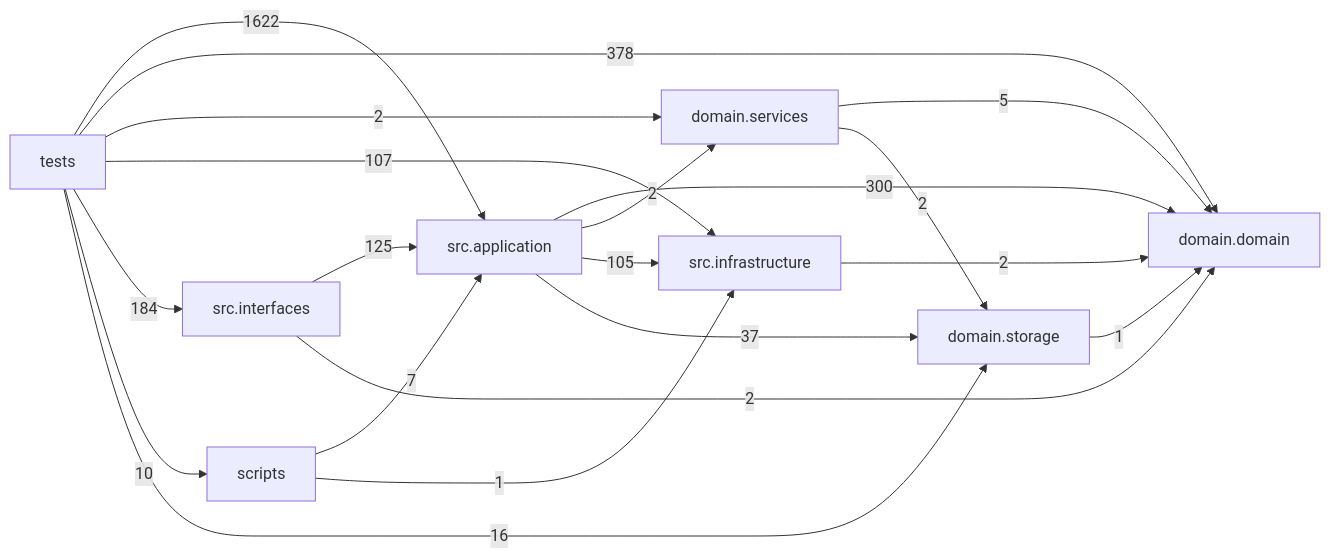
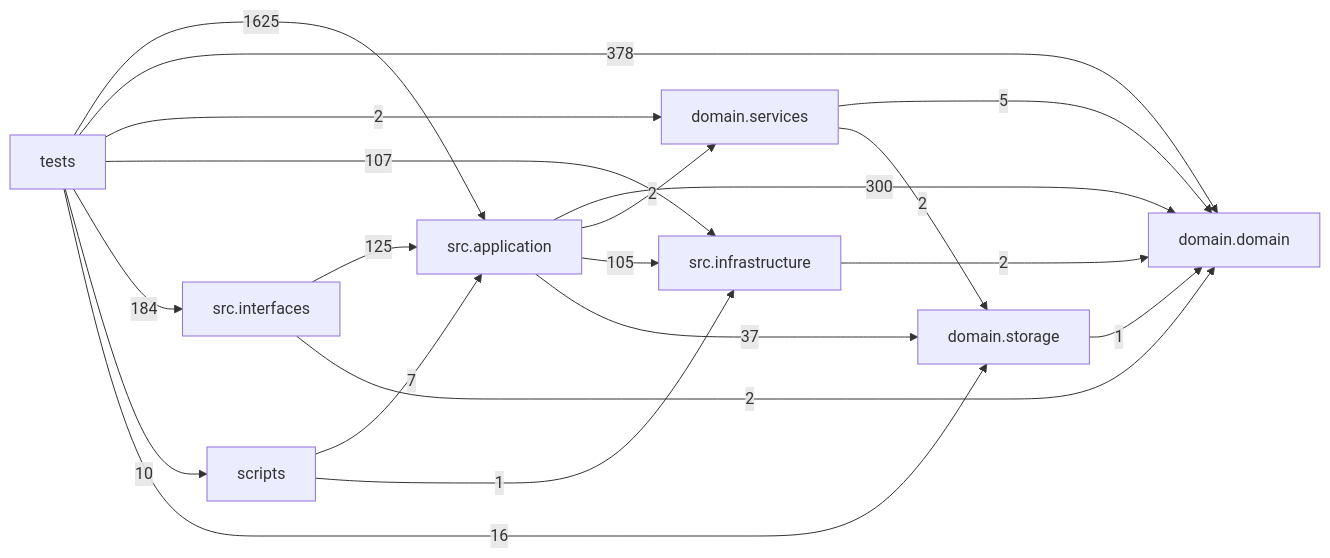
The diagram in docs/DEPENDENCY_GRAPH.md (liuxie066/options-monitor), drawn with Mermaid before and after one commit. The commit also changed other lines of this file and 10 other files, not shown here.

````diff
--- a/docs/DEPENDENCY_GRAPH.md
+++ b/docs/DEPENDENCY_GRAPH.md
@@ -24,30 +24,30 @@
 ```mermaid
 flowchart LR
   tests["tests"]
   scripts["scripts"]
   interfaces["src.interfaces"]
   application["src.application"]
   infrastructure["src.infrastructure"]
   domain_services["domain.services"]
   domain["domain.domain"]
   storage["domain.storage"]
   application -->|300| domain
   application -->|2| domain_services
   application -->|105| infrastructure
   application -->|37| storage
   domain_services -->|5| domain
   domain_services -->|2| storage
   infrastructure -->|2| domain
   interfaces -->|125| application
   interfaces -->|2| domain
   scripts -->|7| application
   scripts -->|1| infrastructure
   storage -->|1| domain
-  tests -->|1622| application
+  tests -->|1625| application
   tests -->|378| domain
   tests -->|2| domain_services
   tests -->|107| infrastructure
   tests -->|184| interfaces
   tests -->|10| scripts
   tests -->|16| storage
 ```
````
